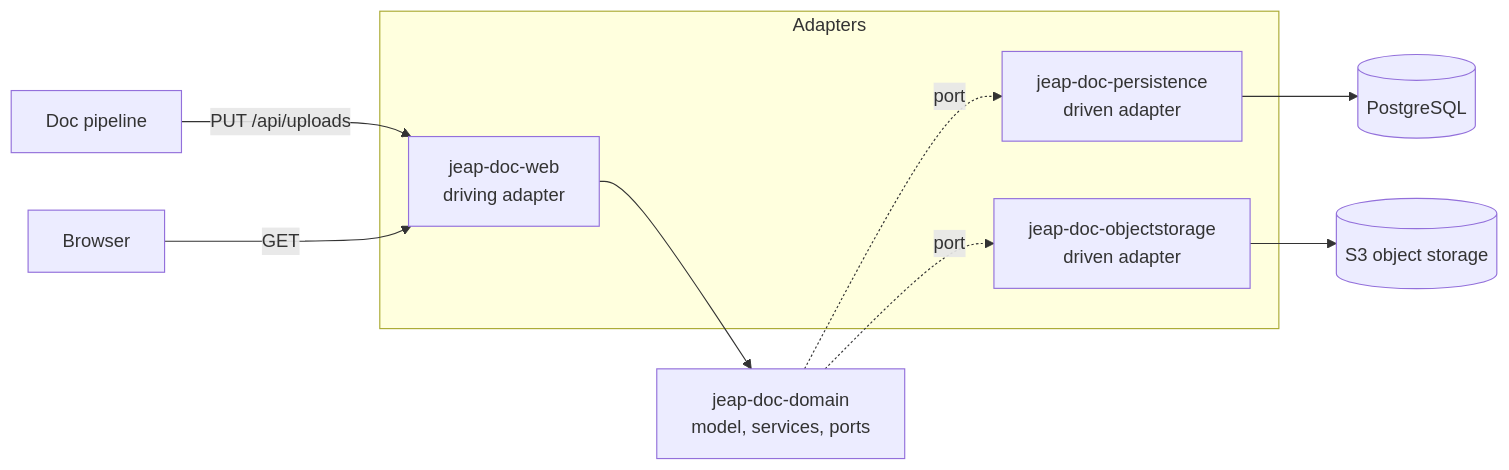
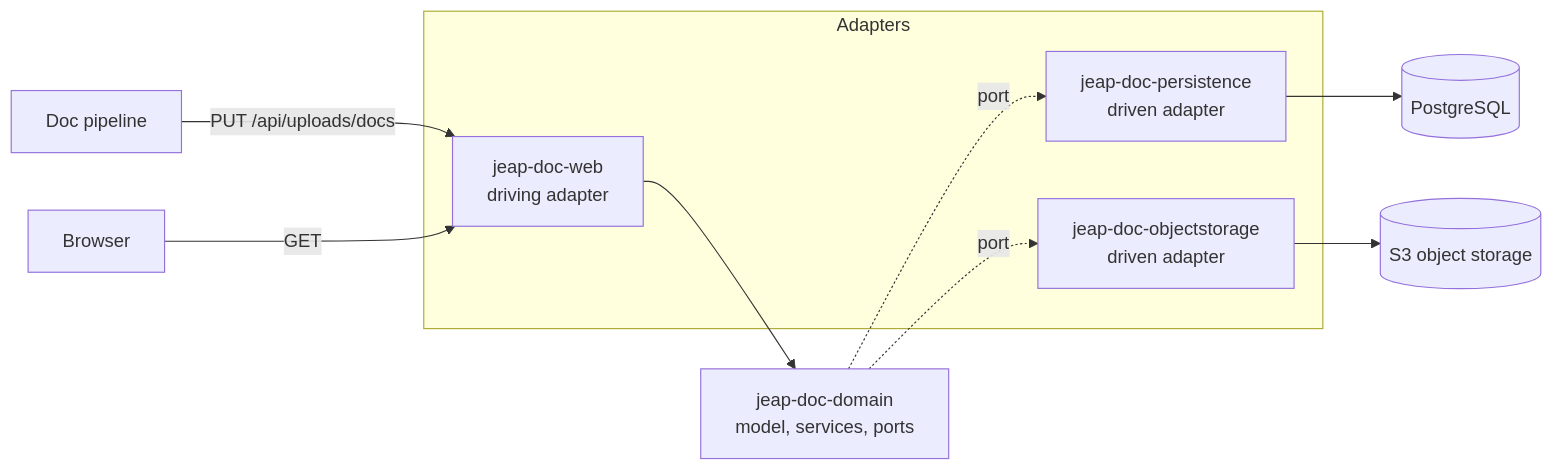
Before and after one commit to jeap-admin-ch/jeap-doc-service: the diagram in docs/architecture.md, drawn with Mermaid. The commit also changed other lines of this file and 94 other files, not shown here.

````diff
--- a/docs/architecture.md
+++ b/docs/architecture.md
@@ -8,15 +8,15 @@
 ```mermaid
 flowchart LR
-    Pipeline[Doc pipeline] -->|PUT /api/uploads| Web
+    Pipeline[Doc pipeline] -->|PUT /api/uploads/docs| Web
     Browser[Browser] -->|GET| Web
     subgraph Adapters
         Web[jeap-doc-web<br/>driving adapter]
         Persistence[jeap-doc-persistence<br/>driven adapter]
         Storage[jeap-doc-objectstorage<br/>driven adapter]
     end
     Web --> Domain[jeap-doc-domain<br/>model, services, ports]
     Domain -.->|port| Persistence
     Domain -.->|port| Storage
     Persistence --> Db[(PostgreSQL)]
     Storage --> S3[(S3 object storage)]
 ```
````
